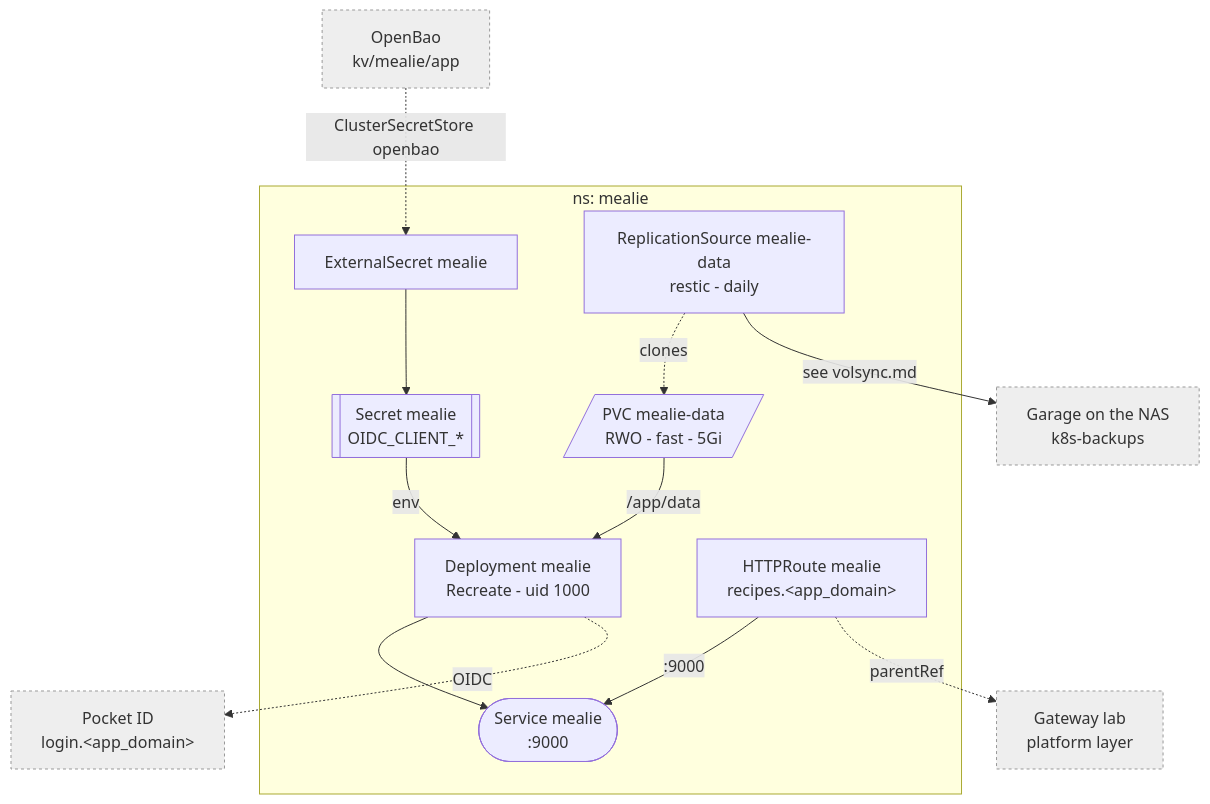
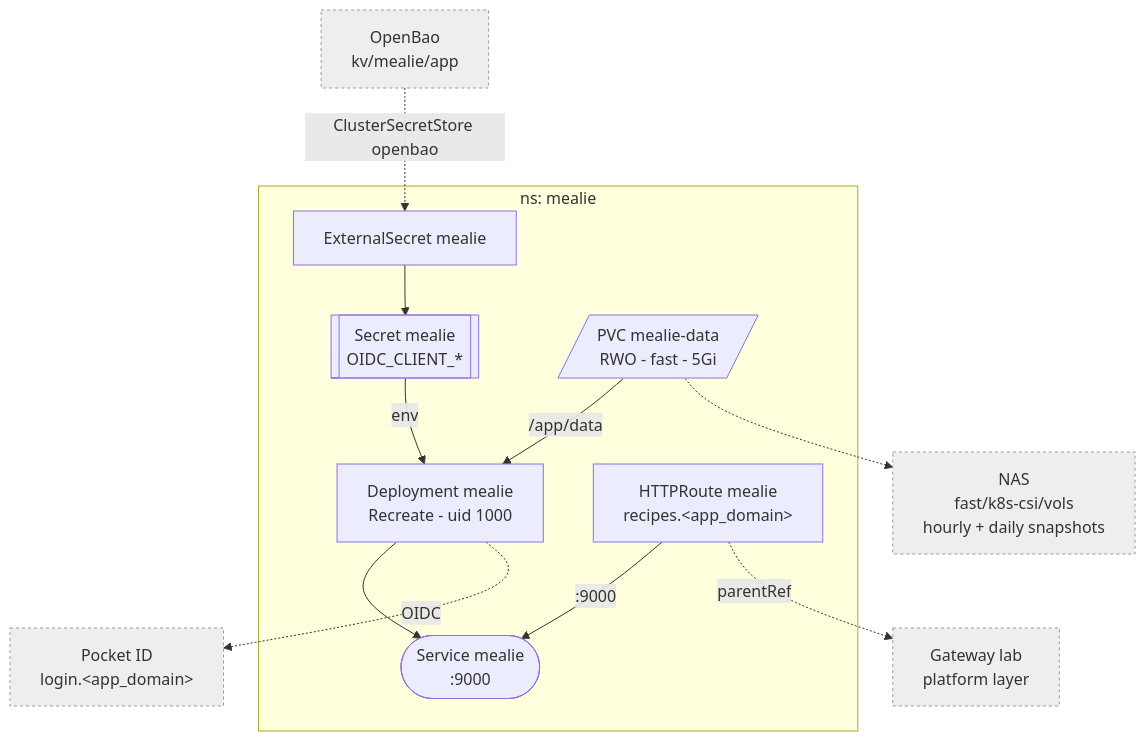
The diagram in docs/mealie.md (Sojamann/homelab-apps), drawn with Mermaid before and after one commit. The commit also changed other lines of this file and 38 other files, not shown here.

Commit message:
feat(backups): replace VolSync with NAS ZFS snapshots and replication

````diff
--- a/docs/mealie.md
+++ b/docs/mealie.md
@@ -6,21 +6,20 @@
 ```mermaid
 graph TD
   subgraph ml["ns: mealie"]
     ES["ExternalSecret mealie"] --> SEC[["Secret mealie<br/>OIDC_CLIENT_*"]]
     SRV["Deployment mealie<br/>Recreate - uid 1000"]
     SVC(["Service mealie<br/>:9000"])
     SRV --> SVC
     SEC -->|env| SRV
     DATA[/"PVC mealie-data<br/>RWO - fast - 5Gi"/] -->|/app/data| SRV
-    RS["ReplicationSource mealie-data<br/>restic - daily"] -.->|clones| DATA
     HR["HTTPRoute mealie<br/>recipes.&lt;app_domain&gt;"] -->|:9000| SVC
   end
 
   HR -.->|parentRef| GW["Gateway lab<br/>platform layer"]
   BAO["OpenBao<br/>kv/mealie/app"] -.->|ClusterSecretStore openbao| ES
   SRV -.->|OIDC| PID["Pocket ID<br/>login.&lt;app_domain&gt;"]
-  RS -->|see volsync.md| GA["Garage on the NAS<br/>k8s-backups"]
+  DATA -.-> SNAP["NAS<br/>fast/k8s-csi/vols<br/>hourly + daily snapshots"]
 
   classDef ext fill:#eee,stroke:#999,stroke-dasharray:3 3;
-  class GW,BAO,PID,GA ext;
+  class GW,BAO,PID,SNAP ext;
 ```
````
